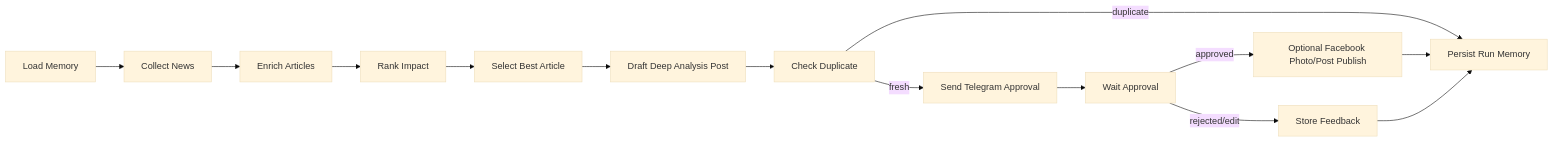
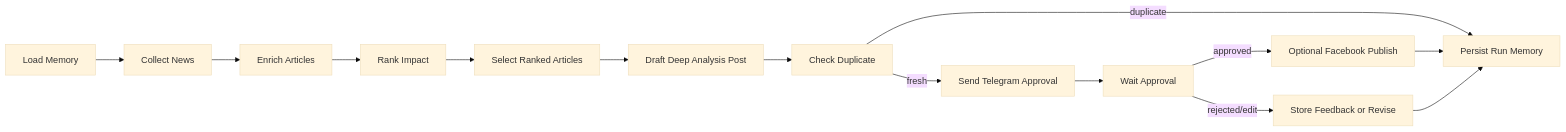
One commit to kaisye/AutoPost_AINews changed the diagram in README.md. Above: the diagram before and after it, drawn with Mermaid (base theme). The commit also changed other lines of this file and 1 other file, not shown here.

````diff
--- a/README.md
+++ b/README.md
@@ -16,16 +41,16 @@
 ```mermaid
 flowchart LR
   A["Load Memory"] --> B["Collect News"]
   B --> C["Enrich Articles"]
   C --> D["Rank Impact"]
-  D --> E["Select Best Article"]
+  D --> E["Select Ranked Articles"]
   E --> F["Draft Deep Analysis Post"]
   F --> G["Check Duplicate"]
   G -->|fresh| H["Send Telegram Approval"]
   G -->|duplicate| K["Persist Run Memory"]
   H --> I["Wait Approval"]
-  I -->|approved| J["Optional Facebook Photo/Post Publish"]
-  I -->|rejected/edit| L["Store Feedback"]
+  I -->|approved| J["Optional Facebook Publish"]
+  I -->|rejected/edit| L["Store Feedback or Revise"]
   J --> K["Persist Run Memory"]
   L --> K
 ```
````
